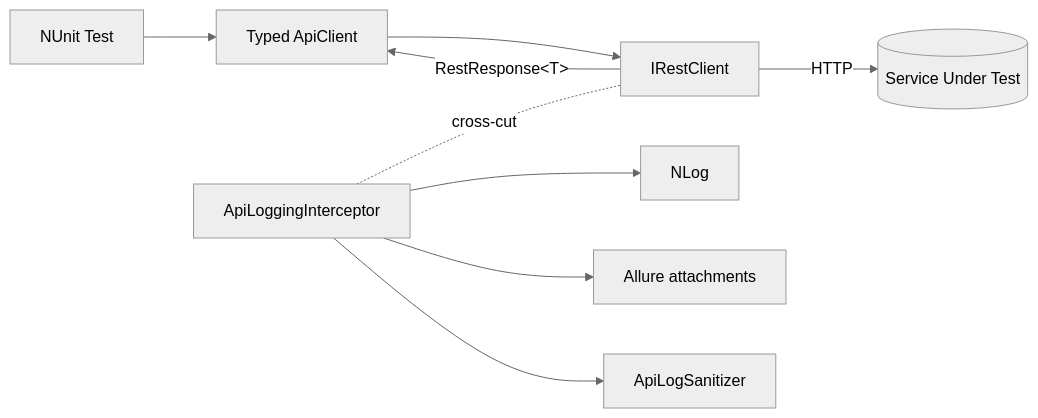
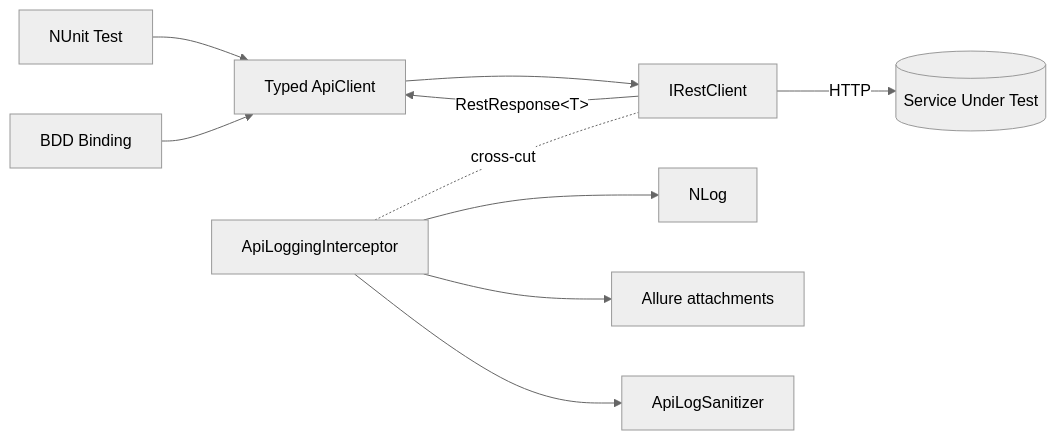
The diagram in docs/API_TESTING_ARCHITECTURE.md (gkokonov/csharp-test-automation-playwright), drawn with Mermaid (neutral theme) before and after one commit. The commit also changed other lines of this file and 66 other files, not shown here.

````diff
--- a/docs/API_TESTING_ARCHITECTURE.md
+++ b/docs/API_TESTING_ARCHITECTURE.md
@@ -13,11 +13,12 @@
 ```mermaid
 flowchart LR
     Test[NUnit Test] --> TC[Typed ApiClient]
+    Binding[BDD Binding] --> TC
     TC --> RC[IRestClient]
     RC -->|HTTP| Server[(Service Under Test)]
     RC -->|RestResponse&lt;T&gt;| TC
     LI[ApiLoggingInterceptor] -. cross-cut .- RC
     LI --> NLog[NLog]
     LI --> Allure[Allure attachments]
     LI --> SAN[ApiLogSanitizer]
 ```
````
